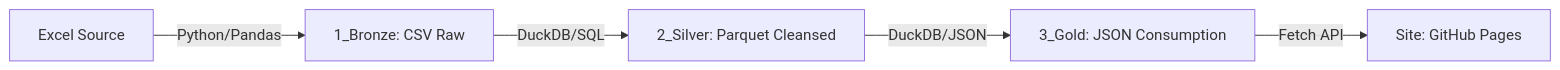
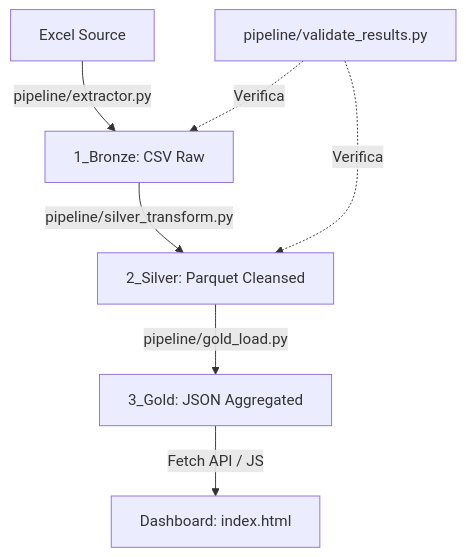
The diagram in README.md (LuanChristianSilva/automacao-financeira-medalhao), drawn with Mermaid before and after one commit. The commit also changed other lines of this file and 1 other file, not shown here.

Commit message:
Docs: update README and architecture docs to v5.0 (Pipeline & UI refinements)

````diff
--- a/README.md
+++ b/README.md
@@ -13,7 +14,9 @@
 ```mermaid
-graph LR
-    A[Excel Source] -->|Python/Pandas| B[1_Bronze: CSV Raw]
-    B -->|DuckDB/SQL| C[2_Silver: Parquet Cleansed]
-    C -->|DuckDB/JSON| D[3_Gold: JSON Consumption]
-    D -->|Fetch API| E[Site: GitHub Pages]
+graph TD
+    A[Excel Source] -->|pipeline/extractor.py| B[1_Bronze: CSV Raw]
+    B -->|pipeline/silver_transform.py| C[2_Silver: Parquet Cleansed]
+    C -->|pipeline/gold_load.py| D[3_Gold: JSON Aggregated]
+    D -->|Fetch API / JS| E[Dashboard: index.html]
+    F[pipeline/validate_results.py] -.->|Verifica| B
+    F -.->|Verifica| C
 ```
````
